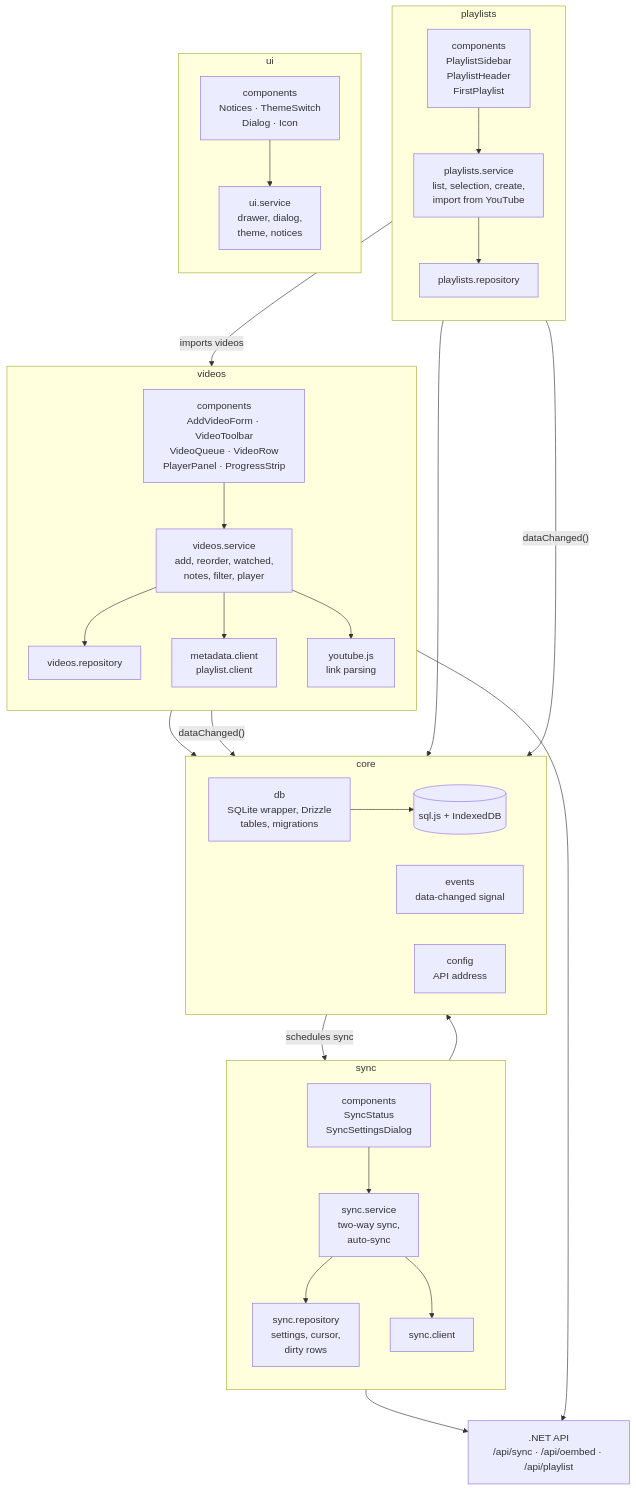
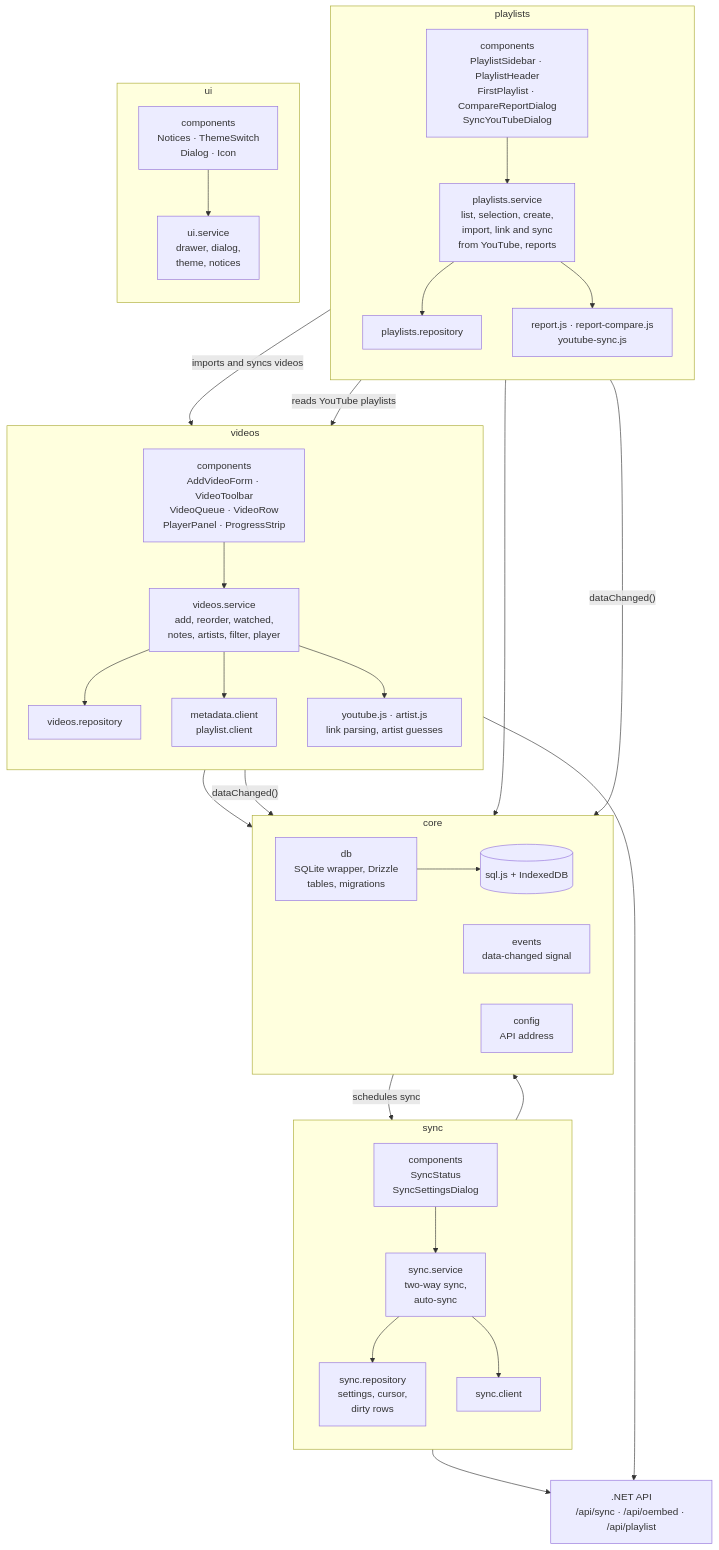
The first of 3 diagrams in docs/architecture.md (jestra52/yt-playlist-manager), drawn with Mermaid before and after one commit. The commit also changed other lines of this file and 1 other file, not shown here.

Commit message:
Docs: artists, reports, and syncing playlists from YouTube
Updates the README and docs/architecture.md for what was added in #18,
#14 and #52, with placeholders only (no real addresses or keys):

- README: artists (guesses, the info badge, editing with suggestions),
  videos deleted on YouTube, importing with deleted videos, the YouTube
  button and syncing from YouTube (compare first, warnings, confirming
  removals), and a Reports and Compare section with both report formats
- README: the new files in the project layout, how sync handles fields
  older apps don't send, retries when the database drops a connection,
  running the API against a copy of a hosted database when trying
  database changes, running dotnet-ef without installing it, and that
  the embedded player doesn't use the YouTube API key
- architecture.md: the new dialogs and rule modules in the component
  diagram, a "Domain rules" layer, connection retries in the API, and
  the Neon and YouTube notes in the deployment table

````diff
--- a/docs/architecture.md
+++ b/docs/architecture.md
@@ -11,58 +11,61 @@
 ```mermaid
 flowchart TB
     subgraph playlists["playlists"]
         direction TB
-        pComp["components<br/>PlaylistSidebar<br/>PlaylistHeader<br/>FirstPlaylist"]
-        pSvc["playlists.service<br/>list, selection, create,<br/>import from YouTube"]
+        pComp["components<br/>PlaylistSidebar · PlaylistHeader<br/>FirstPlaylist · CompareReportDialog<br/>SyncYouTubeDialog"]
+        pSvc["playlists.service<br/>list, selection, create,<br/>import, link and sync<br/>from YouTube, reports"]
         pRepo["playlists.repository"]
+        pRules["report.js · report-compare.js<br/>youtube-sync.js"]
         pComp --> pSvc --> pRepo
+        pSvc --> pRules
     end
 
     subgraph videos["videos"]
         direction TB
         vComp["components<br/>AddVideoForm · VideoToolbar<br/>VideoQueue · VideoRow<br/>PlayerPanel · ProgressStrip"]
-        vSvc["videos.service<br/>add, reorder, watched,<br/>notes, filter, player"]
+        vSvc["videos.service<br/>add, reorder, watched,<br/>notes, artists, filter, player"]
         vRepo["videos.repository"]
         vClients["metadata.client<br/>playlist.client"]
-        vRules["youtube.js<br/>link parsing"]
+        vRules["youtube.js · artist.js<br/>link parsing, artist guesses"]
         vComp --> vSvc
         vSvc --> vRepo
         vSvc --> vClients
         vSvc --> vRules
     end
 
     subgraph sync["sync"]
         direction TB
         sComp["components<br/>SyncStatus<br/>SyncSettingsDialog"]
         sSvc["sync.service<br/>two-way sync,<br/>auto-sync"]
         sRepo["sync.repository<br/>settings, cursor,<br/>dirty rows"]
         sClient["sync.client"]
         sComp --> sSvc
         sSvc --> sRepo
         sSvc --> sClient
     end
 
     subgraph ui["ui"]
         direction TB
         uComp["components<br/>Notices · ThemeSwitch<br/>Dialog · Icon"]
         uSvc["ui.service<br/>drawer, dialog,<br/>theme, notices"]
         uComp --> uSvc
     end
 
     subgraph core["core"]
         direction LR
         db["db<br/>SQLite wrapper, Drizzle<br/>tables, migrations"]
         storage[("sql.js + IndexedDB")]
         events["events<br/>data-changed signal"]
         config["config<br/>API address"]
         db --> storage
     end
 
     api[".NET API<br/>/api/sync · /api/oembed · /api/playlist"]
 
-    pSvc -- "imports videos" --> vSvc
+    pSvc -- "imports and syncs videos" --> vSvc
+    pSvc -- "reads YouTube playlists" --> vClients
     pRepo & vRepo & sRepo --> db
     pSvc & vSvc -- "dataChanged()" --> events
     events -- "schedules sync" --> sSvc
     vClients & sClient --> api
 ```
````
